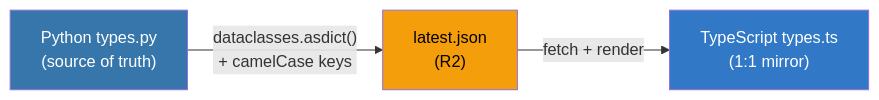
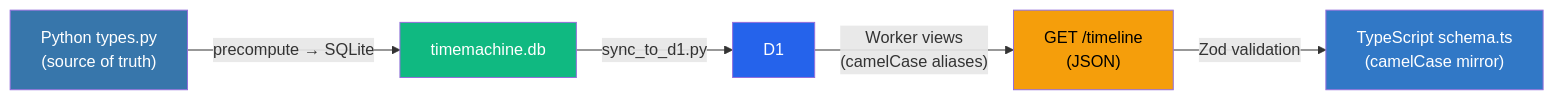
One commit to Guoyuer/portal changed the third of 3 diagrams in README.md. Above: the diagram before and after it, drawn with Mermaid. The commit also changed other lines of this file and 2 other files, not shown here.

First line of the commit message:
docs: update README, CLAUDE.md, timemachine-design to match current codebase

````diff
--- a/README.md
+++ b/README.md
@@ -136,9 +204,13 @@
 ```mermaid
 graph LR
-    PY["Python types.py<br/>(source of truth)"] -->|"dataclasses.asdict()<br/>+ camelCase keys"| JSON["latest.json<br/>(R2)"]
-    JSON -->|"fetch + render"| TS["TypeScript types.ts<br/>(1:1 mirror)"]
+    PY["Python types.py<br/>(source of truth)"] -->|"precompute → SQLite"| DB["timemachine.db"]
+    DB -->|"sync_to_d1.py"| D1["D1"]
+    D1 -->|"Worker views<br/>(camelCase aliases)"| JSON["GET /timeline<br/>(JSON)"]
+    JSON -->|"Zod validation"| TS["TypeScript schema.ts<br/>(camelCase mirror)"]
 
     style PY fill:#3776ab,color:#fff
+    style DB fill:#10b981,color:#fff
+    style D1 fill:#2563eb,color:#fff
     style JSON fill:#f59e0b,color:#000
     style TS fill:#3178c6,color:#fff
 ```
````
